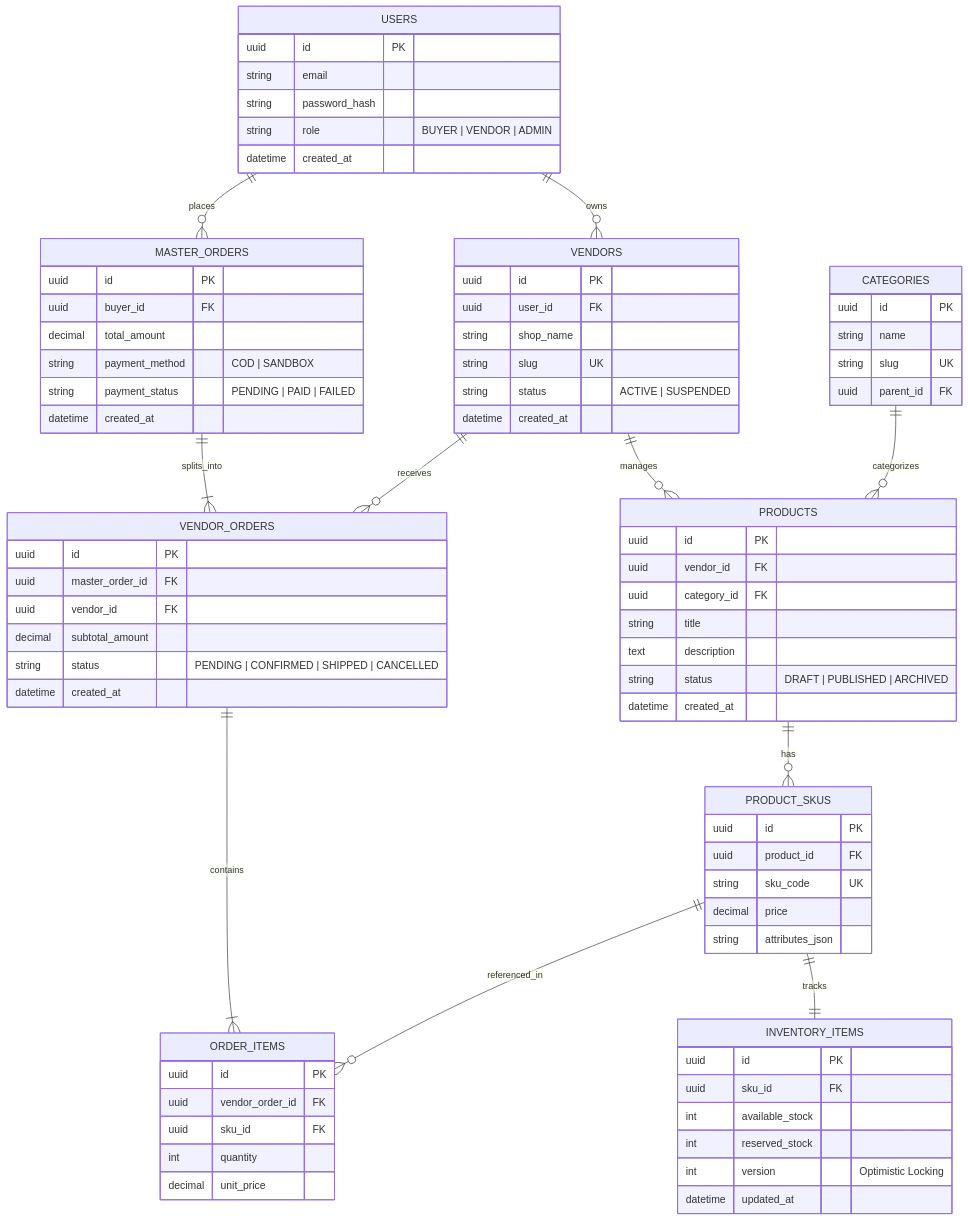
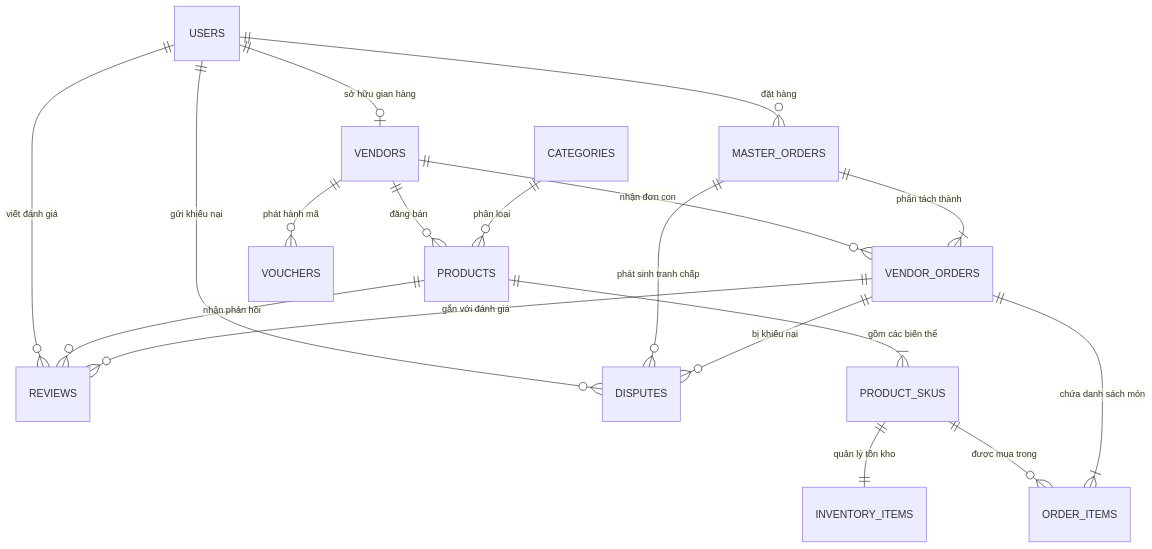
One commit to lethanhkha/vendora changed the fourth of 4 diagrams in docs/PRD.md. Above: the diagram before and after it, drawn with Mermaid. The commit also changed other lines of this file, not shown here.

Commit message:
docs(prd): update PRD to version 2.0 reflecting decoupled production architecture

````diff
--- a/docs/PRD.md
+++ b/docs/PRD.md
@@ -338,90 +280,26 @@
 ```mermaid
 erDiagram
-    USERS ||--o{ VENDORS : owns
-    USERS ||--o{ MASTER_ORDERS : places
-    VENDORS ||--o{ PRODUCTS : manages
-    VENDORS ||--o{ VENDOR_ORDERS : receives
-    CATEGORIES ||--o{ PRODUCTS : categorizes
-    PRODUCTS ||--o{ PRODUCT_SKUS : has
-    PRODUCT_SKUS ||--|| INVENTORY_ITEMS : tracks
-    MASTER_ORDERS ||--|{ VENDOR_ORDERS : splits_into
-    VENDOR_ORDERS ||--|{ ORDER_ITEMS : contains
-    PRODUCT_SKUS ||--o{ ORDER_ITEMS : referenced_in
-
-    USERS {
-        uuid id PK
-        string email
-        string password_hash
-        string role "BUYER | VENDOR | ADMIN"
-        datetime created_at
-    }
-
-    VENDORS {
-        uuid id PK
-        uuid user_id FK
-        string shop_name
-        string slug UK
-        string status "ACTIVE | SUSPENDED"
-        datetime created_at
-    }
-
-    CATEGORIES {
-        uuid id PK
-        string name
-        string slug UK
-        uuid parent_id FK
-    }
-
-    PRODUCTS {
-        uuid id PK
-        uuid vendor_id FK
-        uuid category_id FK
-        string title
-        text description
-        string status "DRAFT | PUBLISHED | ARCHIVED"
-        datetime created_at
-    }
-
-    PRODUCT_SKUS {
-        uuid id PK
-        uuid product_id FK
-        string sku_code UK
-        decimal price
-        string attributes_json
-    }
-
-    INVENTORY_ITEMS {
-        uuid id PK
-        uuid sku_id FK
-        int available_stock
-        int reserved_stock
-        int version "Optimistic Locking"
-        datetime updated_at
-    }
-
-    MASTER_ORDERS {
-        uuid id PK
-        uuid buyer_id FK
-        decimal total_amount
-        string payment_method "COD | SANDBOX"
-        string payment_status "PENDING | PAID | FAILED"
-        datetime created_at
-    }
-
-    VENDOR_ORDERS {
-        uuid id PK
-        uuid master_order_id FK
-        uuid vendor_id FK
-        decimal subtotal_amount
-        string status "PENDING | CONFIRMED | SHIPPED | CANCELLED"
-        datetime created_at
-    }
-
-    ORDER_ITEMS {
-        uuid id PK
-        uuid vendor_order_id FK
-        uuid sku_id FK
-        int quantity
-        decimal unit_price
-    }
+    USERS ||--o| VENDORS : "sở hữu gian hàng"
+    USERS ||--o{ MASTER_ORDERS : "đặt hàng"
+    USERS ||--o{ REVIEWS : "viết đánh giá"
+    USERS ||--o{ DISPUTES : "gửi khiếu nại"
+    
+    VENDORS ||--o{ PRODUCTS : "đăng bán"
+    VENDORS ||--o{ VENDOR_ORDERS : "nhận đơn con"
+    VENDORS ||--o{ VOUCHERS : "phát hành mã"
+    
+    CATEGORIES ||--o{ PRODUCTS : "phân loại"
+    
+    PRODUCTS ||--|{ PRODUCT_SKUS : "gồm các biến thể"
+    PRODUCTS ||--o{ REVIEWS : "nhận phản hồi"
+    
+    PRODUCT_SKUS ||--|| INVENTORY_ITEMS : "quản lý tồn kho"
+    PRODUCT_SKUS ||--o{ ORDER_ITEMS : "được mua trong"
+    
+    MASTER_ORDERS ||--|{ VENDOR_ORDERS : "phân tách thành"
+    MASTER_ORDERS ||--o{ DISPUTES : "phát sinh tranh chấp"
+    
+    VENDOR_ORDERS ||--|{ ORDER_ITEMS : "chứa danh sách món"
+    VENDOR_ORDERS ||--o{ REVIEWS : "gắn với đánh giá"
+    VENDOR_ORDERS ||--o{ DISPUTES : "bị khiếu nại"
 ```
````
